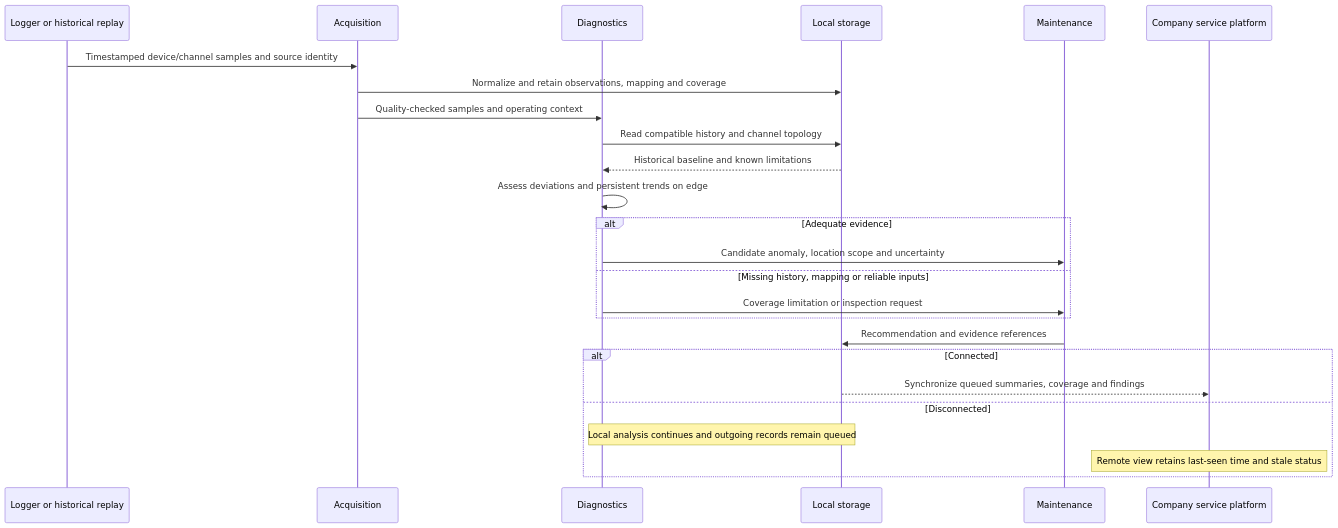
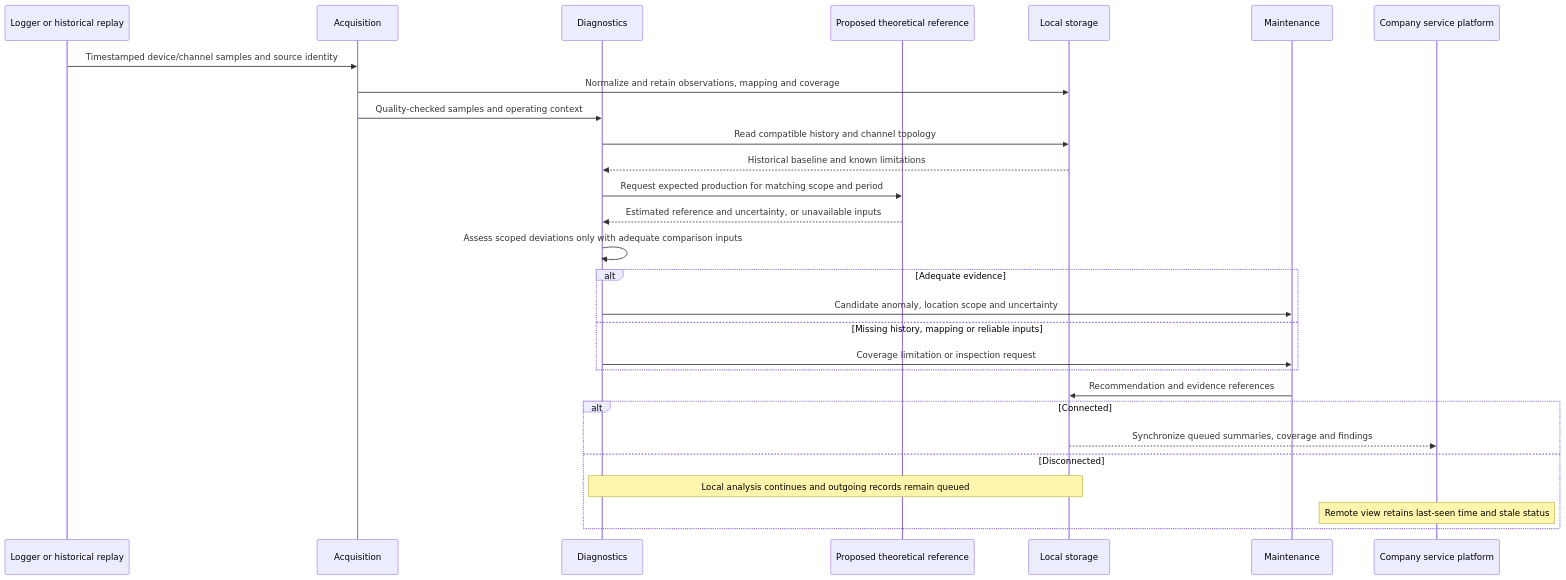
One commit to B-AROL-O/hackturin-2026 changed the diagram in docs/architecture/flows/monitor-plant.md. Above: the diagram before and after it, drawn with Mermaid. The commit also changed other lines of this file and 25 other files, not shown here.

````diff
--- a/docs/architecture/flows/monitor-plant.md
+++ b/docs/architecture/flows/monitor-plant.md
@@ -10,27 +10,30 @@
 ```mermaid
 sequenceDiagram
     participant L as Logger or historical replay
     participant A as Acquisition
     participant D as Diagnostics
+    participant R as Proposed theoretical reference
     participant S as Local storage
     participant M as Maintenance
     participant P as Company service platform
     L->>A: Timestamped device/channel samples and source identity
     A->>S: Normalize and retain observations, mapping and coverage
     A->>D: Quality-checked samples and operating context
     D->>S: Read compatible history and channel topology
     S-->>D: Historical baseline and known limitations
-    D->>D: Assess deviations and persistent trends on edge
+    D->>R: Request expected production for matching scope and period
+    R-->>D: Estimated reference and uncertainty, or unavailable inputs
+    D->>D: Assess scoped deviations only with adequate comparison inputs
     alt Adequate evidence
         D->>M: Candidate anomaly, location scope and uncertainty
     else Missing history, mapping or reliable inputs
         D->>M: Coverage limitation or inspection request
     end
     M->>S: Recommendation and evidence references
     alt Connected
         S-->>P: Synchronize queued summaries, coverage and findings
     else Disconnected
         Note over D,S: Local analysis continues and outgoing records remain queued
         Note over P: Remote view retains last-seen time and stale status
     end
 ```
````
